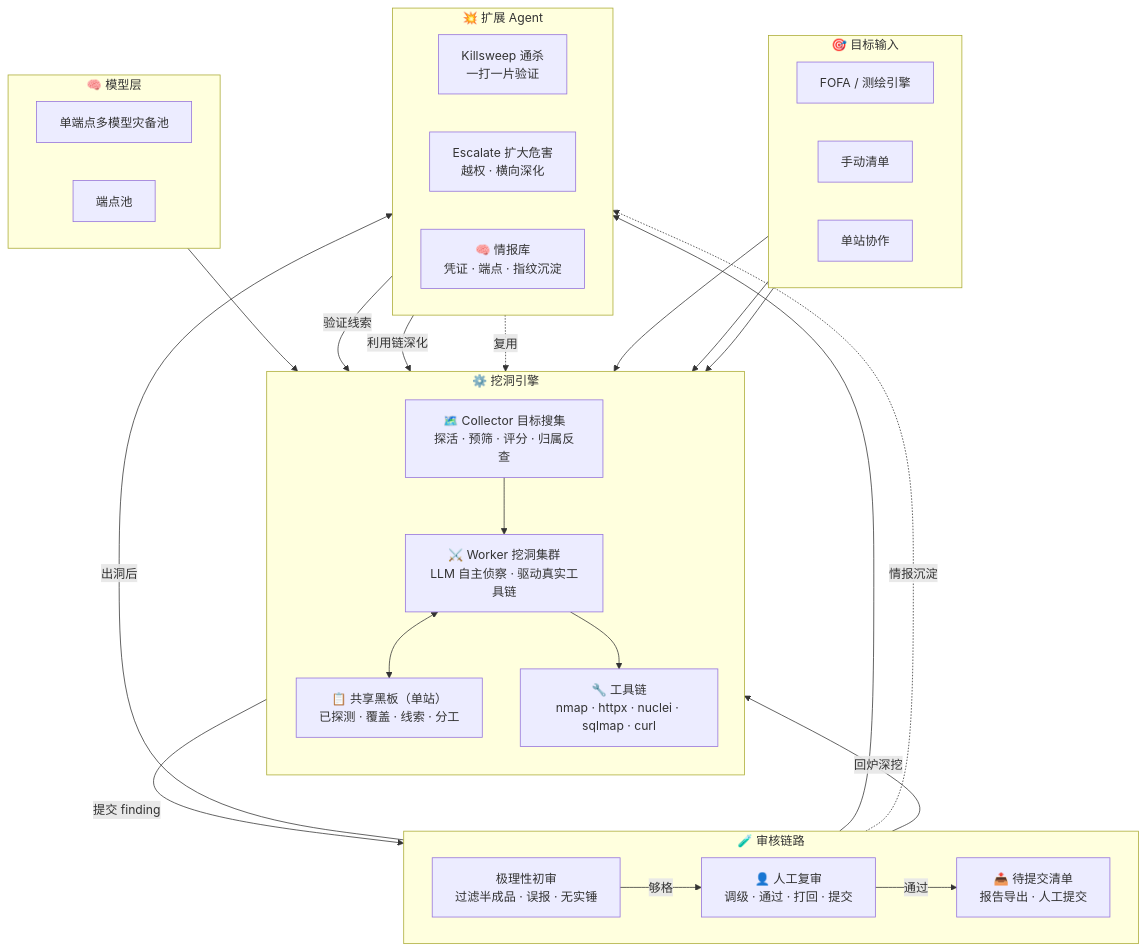
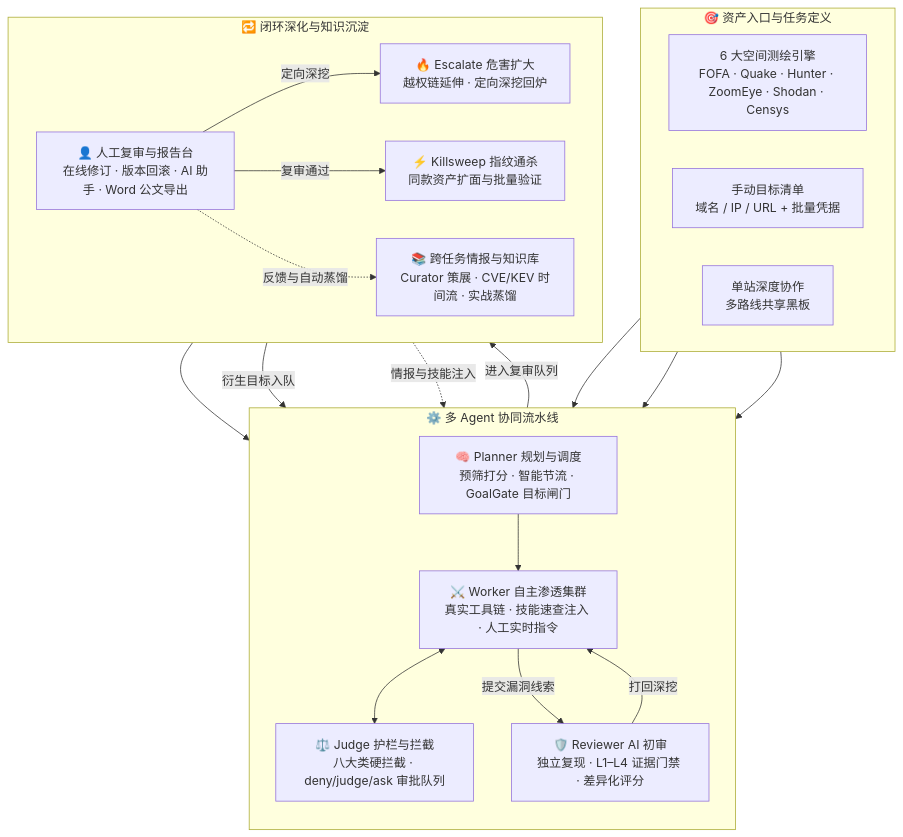
Before and after one commit to moliyu1101/riddle: the diagram in README.md, drawn with Mermaid. The commit also changed other lines of this file, not shown here.

````diff
--- a/README.md
+++ b/README.md
@@ -36,55 +36,40 @@
 ```mermaid
 flowchart TD
-    subgraph IN["🎯 目标输入"]
+    subgraph IN["🎯 资产入口与任务定义"]
         direction LR
-        F["FOFA / 测绘引擎"]
-        M["手动清单"]
-        S["单站协作"]
+        E1["6 大空间测绘引擎<br/>FOFA · Quake · Hunter · ZoomEye · Shodan · Censys"]
+        E2["手动目标清单<br/>域名 / IP / URL + 批量凭据"]
+        E3["单站深度协作<br/>多路线共享黑板"]
     end
 
-    subgraph ENG["⚙️ 挖洞引擎"]
+    subgraph PIPE["⚙️ 多 Agent 协同流水线"]
         direction TB
-        COL["🗺️ Collector 目标搜集<br/>探活 · 预筛 · 评分 · 归属反查"]
-        WORK["⚔️ Worker 挖洞集群<br/>LLM 自主侦察 · 驱动真实工具链"]
-        BB["📋 共享黑板（单站）<br/>已探测 · 覆盖 · 线索 · 分工"]
-        TOOL["🔧 工具链<br/>nmap · httpx · nuclei · sqlmap · curl"]
+        P["🧠 Planner 规划与调度<br/>预筛打分 · 智能节流 · GoalGate 目标闸门"]
+        W["⚔️ Worker 自主渗透集群<br/>真实工具链 · 技能速查注入 · 人工实时指令"]
+        J["⚖️ Judge 护栏与拦截<br/>八大类硬拦截 · deny/judge/ask 审批队列"]
+        R["🛡️ Reviewer AI 初审<br/>独立复现 · L1–L4 证据门禁 · 差异化评分"]
     end
 
-    subgraph MLLM["🧠 模型层"]
+    subgraph LOOP["🔁 闭环深化与知识沉淀"]
         direction LR
-        P1["单端点多模型灾备池"]
-        P2["端点池"]
+        H["👤 人工复审与报告台<br/>在线修订 · 版本回滚 · AI 助手 · Word 公文导出"]
+        ESC["🔥 Escalate 危害扩大<br/>越权链延伸 · 定向深挖回炉"]
+        KS["⚡ Killsweep 指纹通杀<br/>同款资产扩面与批量验证"]
+        KB["📚 跨任务情报与知识库<br/>Curator 策展 · CVE/KEV 时间流 · 实战蒸馏"]
     end
 
-    subgraph RV["🧪 审核链路"]
-        direction LR
-        R1["极理性初审<br/>过滤半成品 · 误报 · 无实锤"]
-        R2["👤 人工复审<br/>调级 · 通过 · 打回 · 提交"]
-        R3["📤 待提交清单<br/>报告导出 · 人工提交"]
-    end
-
-    subgraph ADV["💥 扩展 Agent"]
-        direction LR
-        K["Killsweep 通杀<br/>一打一片验证"]
-        E["Escalate 扩大危害<br/>越权 · 横向深化"]
-        I["🧠 情报库<br/>凭证 · 端点 · 指纹沉淀"]
-    end
-
-    F --> COL
-    M --> COL
-    S --> COL
-    COL --> WORK
-    WORK <--> BB
-    WORK --> TOOL
-    MLLM --> WORK
-    WORK -->|提交 finding| R1
-    R1 -->|够格| R2
-    R1 -->|回炉深挖| WORK
-    R2 -->|通过| R3
-    R2 -->|出洞后| K
-    K -->|验证线索| WORK
-    R2 --> E
-    E -->|利用链深化| WORK
-    R1 -.情报沉淀.-> I
-    I -.复用.-> WORK
+    E1 --> P
+    E2 --> P
+    E3 --> P
+    P --> W
+    W <--> J
+    W -->|提交漏洞线索| R
+    R -->|打回深挖| W
+    R -->|进入复审队列| H
+    H -->|定向深挖| ESC
+    ESC --> W
+    H -->|复审通过| KS
+    KS -->|衍生目标入队| W
+    H -.反馈与自动蒸馏.-> KB
+    KB -.情报与技能注入.-> W
 ```
````
